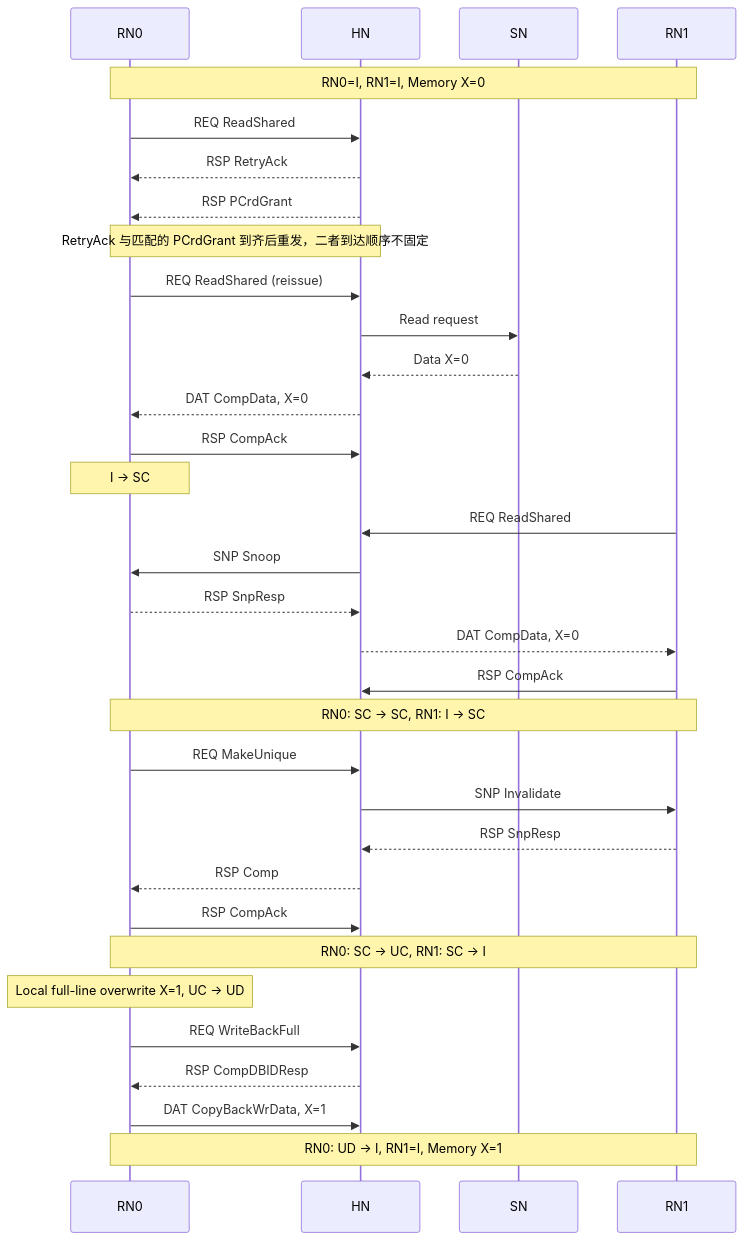
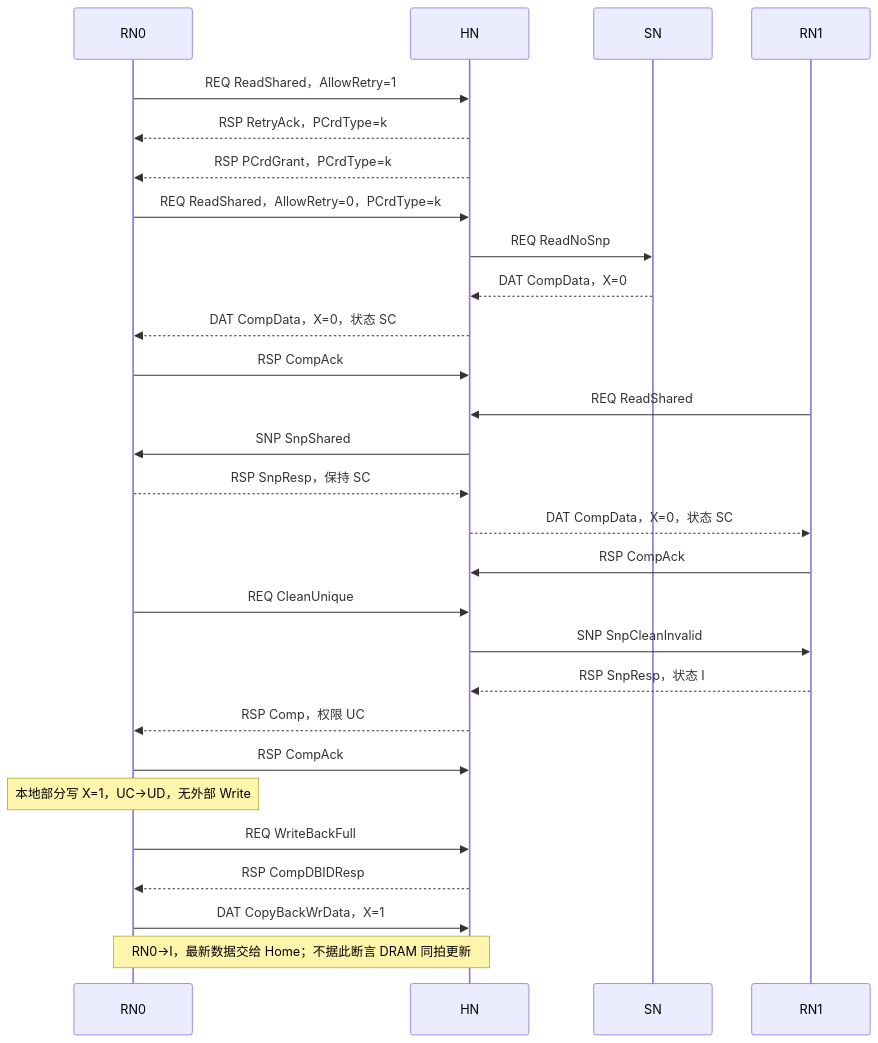
One commit to OpenXiangShan/XiangShanLab changed the sixth of 6 diagrams in xiangshan-course/docs/7-xiangshan-NoC/NoC-Protocol/CHI-Transaction.md. Above: the diagram before and after it, drawn with Mermaid. The commit also changed other lines of this file and 7 other files, not shown here.

````diff
--- a/xiangshan-course/docs/7-xiangshan-NoC/NoC-Protocol/CHI-Transaction.md
+++ b/xiangshan-course/docs/7-xiangshan-NoC/NoC-Protocol/CHI-Transaction.md
@@ -322,42 +357,30 @@
 ```mermaid
 sequenceDiagram
-    participant RN0
-    participant HN
-    participant SN
-    participant RN1
-
-    Note over RN0,RN1: RN0=I, RN1=I, Memory X=0
-
-    RN0->>HN: REQ ReadShared
-    HN-->>RN0: RSP RetryAck
-    HN-->>RN0: RSP PCrdGrant
-    Note over RN0,HN: RetryAck 与匹配的 PCrdGrant 到齐后重发，二者到达顺序不固定
-
-    RN0->>HN: REQ ReadShared (reissue)
-    HN->>SN: Read request
-    SN-->>HN: Data X=0
-    HN-->>RN0: DAT CompData, X=0
-    RN0->>HN: RSP CompAck
-    Note over RN0: I -> SC
-
-    RN1->>HN: REQ ReadShared
-    HN->>RN0: SNP Snoop
-    RN0-->>HN: RSP SnpResp
-    HN-->>RN1: DAT CompData, X=0
-    RN1->>HN: RSP CompAck
-    Note over RN0,RN1: RN0: SC -> SC, RN1: I -> SC
-
-    RN0->>HN: REQ MakeUnique
-    HN->>RN1: SNP Invalidate
-    RN1-->>HN: RSP SnpResp
-    HN-->>RN0: RSP Comp
-    RN0->>HN: RSP CompAck
-    Note over RN0,RN1: RN0: SC -> UC, RN1: SC -> I
-
-    Note over RN0: Local full-line overwrite X=1, UC -> UD
-
-    RN0->>HN: REQ WriteBackFull
-    HN-->>RN0: RSP CompDBIDResp
-    RN0->>HN: DAT CopyBackWrData, X=1
-    Note over RN0,RN1: RN0: UD -> I, RN1=I, Memory X=1
+    participant R0 as RN0
+    participant H as HN
+    participant S as SN
+    participant R1 as RN1
+    R0->>H: REQ ReadShared，AllowRetry=1
+    H-->>R0: RSP RetryAck，PCrdType=k
+    H-->>R0: RSP PCrdGrant，PCrdType=k
+    R0->>H: REQ ReadShared，AllowRetry=0，PCrdType=k
+    H->>S: REQ ReadNoSnp
+    S-->>H: DAT CompData，X=0
+    H-->>R0: DAT CompData，X=0，状态 SC
+    R0->>H: RSP CompAck
+    R1->>H: REQ ReadShared
+    H->>R0: SNP SnpShared
+    R0-->>H: RSP SnpResp，保持 SC
+    H-->>R1: DAT CompData，X=0，状态 SC
+    R1->>H: RSP CompAck
+    R0->>H: REQ CleanUnique
+    H->>R1: SNP SnpCleanInvalid
+    R1-->>H: RSP SnpResp，状态 I
+    H-->>R0: RSP Comp，权限 UC
+    R0->>H: RSP CompAck
+    Note over R0: 本地部分写 X=1，UC→UD，无外部 Write
+    R0->>H: REQ WriteBackFull
+    H-->>R0: RSP CompDBIDResp
+    R0->>H: DAT CopyBackWrData，X=1
+    Note over R0,H: RN0→I，最新数据交给 Home；不据此断言 DRAM 同拍更新
 ```
````
